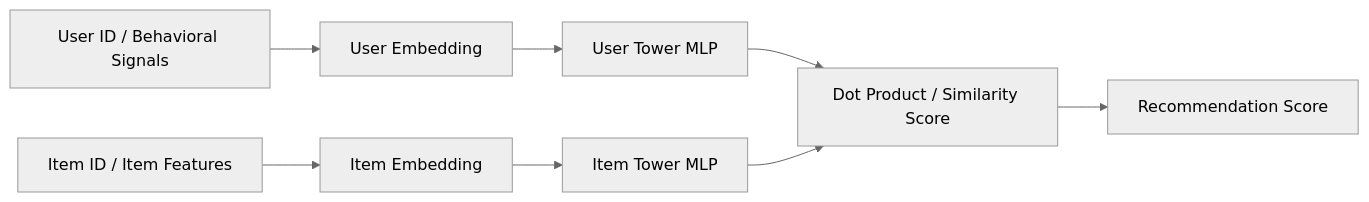
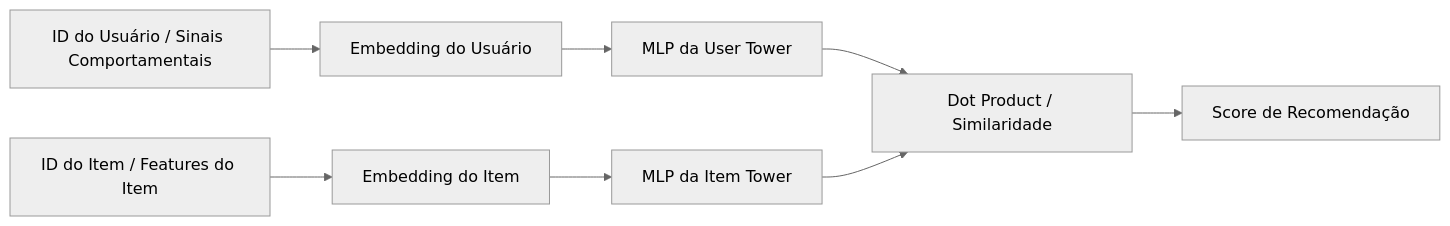
Before and after one commit to vdfs89/TwinRankAI: the second of 2 diagrams in README.md, drawn with Mermaid (neutral theme). The commit also changed other lines of this file and 28 other files, not shown here.

````diff
--- a/README.md
+++ b/README.md
@@ -82,12 +87,12 @@
 ```mermaid
 flowchart LR
-    U[User ID / Behavioral Signals] --> UE[User Embedding]
-    UE --> UM[User Tower MLP]
+    U[ID do Usuário / Sinais Comportamentais] --> UE[Embedding do Usuário]
+    UE --> UM[MLP da User Tower]
 
-    I[Item ID / Item Features] --> IE[Item Embedding]
-    IE --> IM[Item Tower MLP]
+    I[ID do Item / Features do Item] --> IE[Embedding do Item]
+    IE --> IM[MLP da Item Tower]
 
-    UM --> S[Dot Product / Similarity Score]
+    UM --> S[Dot Product / Similaridade]
     IM --> S
-    S --> R[Recommendation Score]
+    S --> R[Score de Recomendação]
 ```
````
